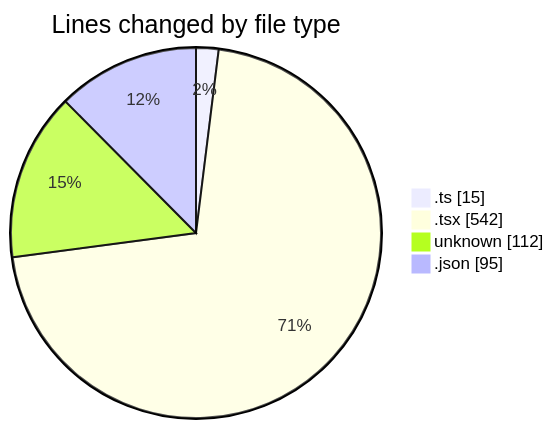
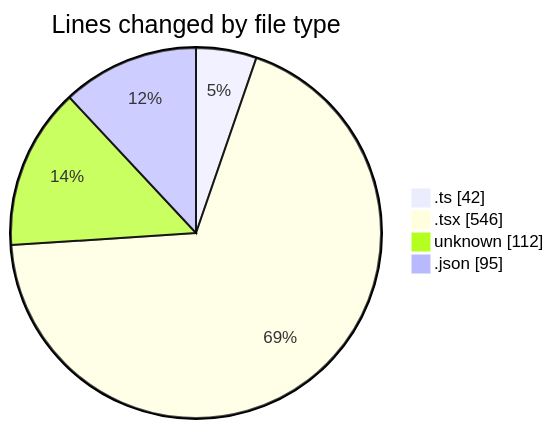
Before and after one commit to momahboobian/code-tracking: the first of 2 diagrams in 2026-04-29/cda/README.md, drawn with Mermaid. The commit also changed other lines of this file and 1 other file, not shown here.

````diff
--- a/2026-04-29/cda/README.md
+++ b/2026-04-29/cda/README.md
@@ -28,8 +29,8 @@
 ```mermaid
 pie showData
 title Lines changed by file type
-".ts" : 15
-".tsx" : 542
+".ts" : 42
+".tsx" : 546
 "unknown" : 112
 ".json" : 95
 ```
````
